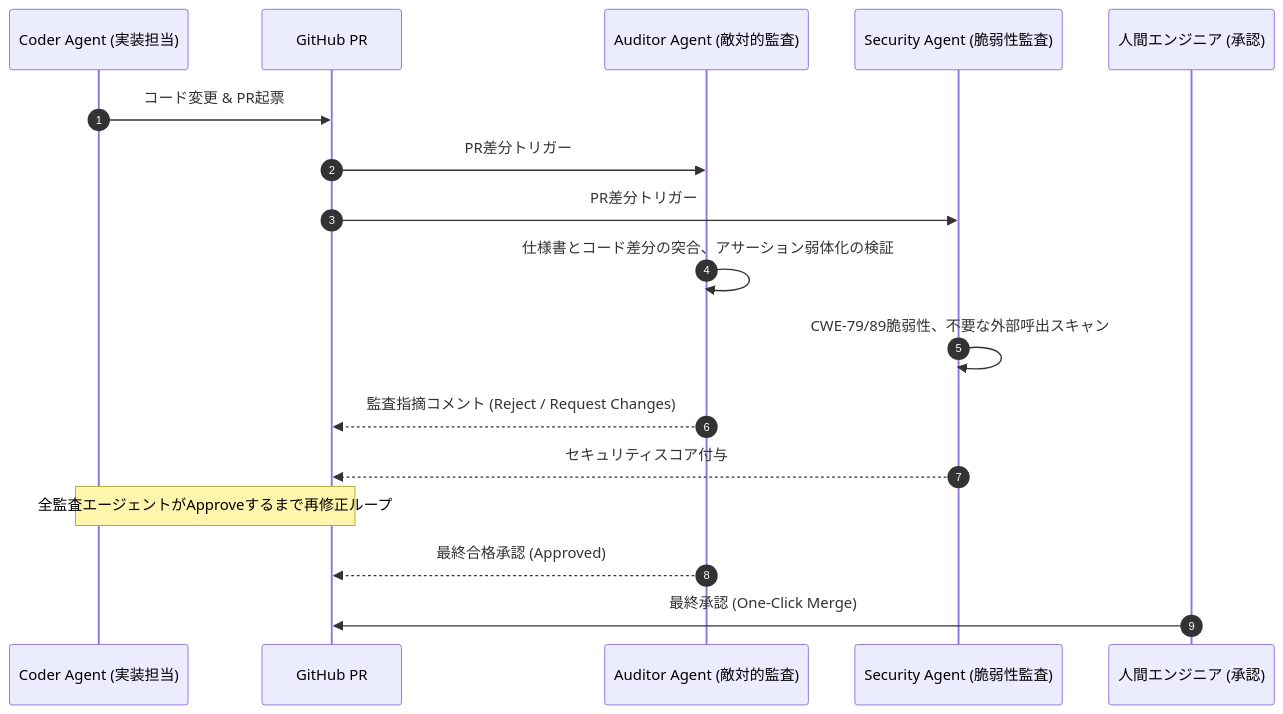
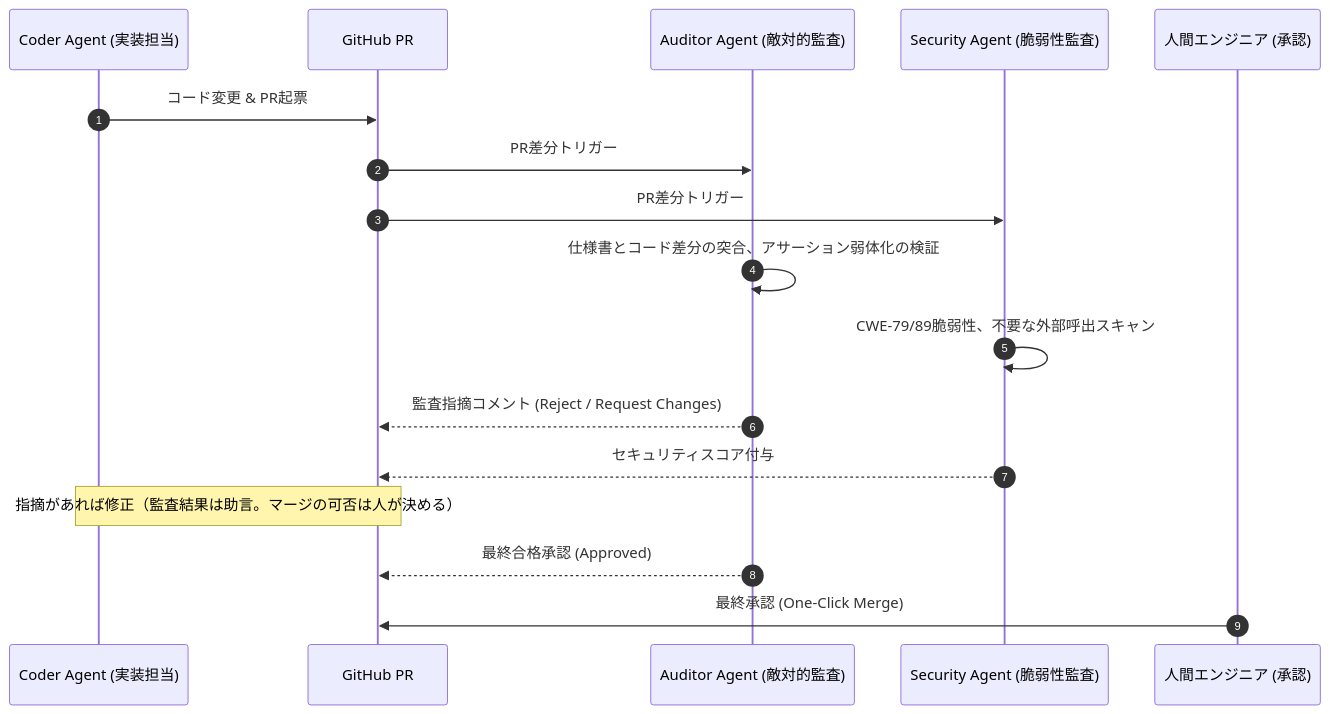
One commit to AnaharaYasuo/product-quality-management-book changed the third of 3 diagrams in manuscript/19_chapter19.md. Above: the diagram before and after it, drawn with Mermaid. The commit also changed other lines of this file and 35 other files, not shown here.

````diff
--- a/manuscript/19_chapter19.md
+++ b/manuscript/19_chapter19.md
@@ -220,20 +261,20 @@
 ```mermaid
 sequenceDiagram
     autonumber
     participant Dev as Coder Agent (実装担当)
     participant GH as GitHub PR
     participant Auditor as Auditor Agent (敵対的監査)
     participant Sec as Security Agent (脆弱性監査)
     participant Human as 人間エンジニア (承認)
 
     Dev->>GH: コード変更 & PR起票
     GH->>Auditor: PR差分トリガー
     GH->>Sec: PR差分トリガー
     Auditor->>Auditor: 仕様書とコード差分の突合、アサーション弱体化の検証
     Sec->>Sec: CWE-79/89脆弱性、不要な外部呼出スキャン
     Auditor-->>GH: 監査指摘コメント (Reject / Request Changes)
     Sec-->>GH: セキュリティスコア付与
-    Note over Dev,GH: 全監査エージェントがApproveするまで再修正ループ
+    Note over Dev,GH: 指摘があれば修正（監査結果は助言。マージの可否は人が決める）
     Auditor-->>GH: 最終合格承認 (Approved)
     Human->>GH: 最終承認 (One-Click Merge)
 ```
````
